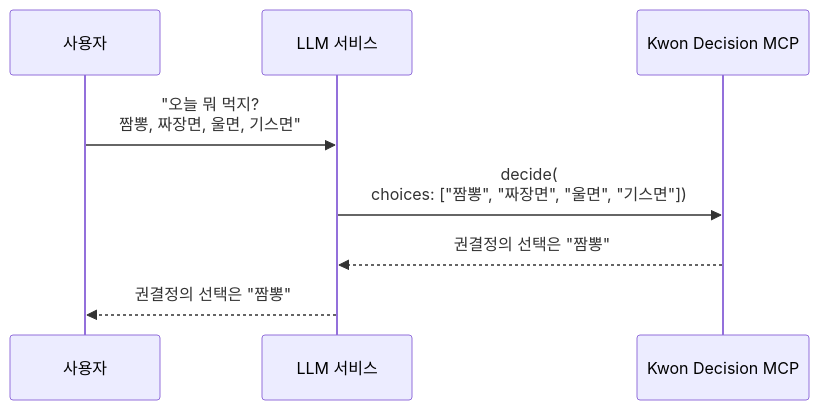
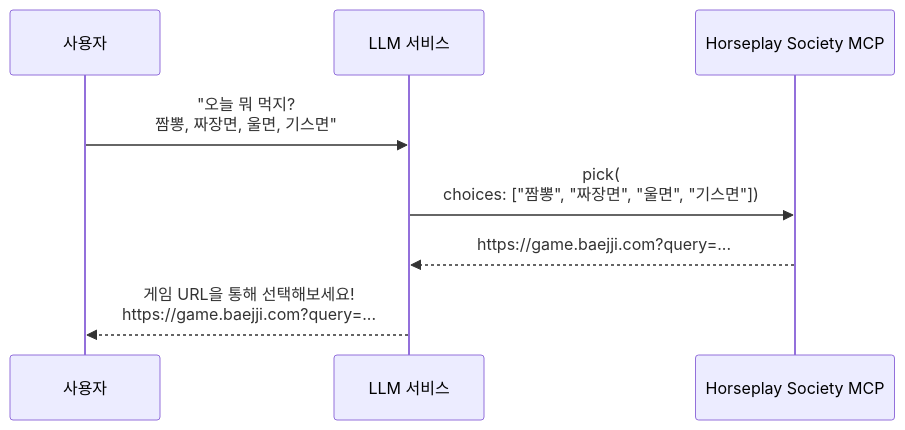
One commit to 132262B/gold-standard-apology-mcp changed the diagram in README.md. Above: the diagram before and after it, drawn with Mermaid. The commit also changed other lines of this file, not shown here.

````diff
--- a/README.md
+++ b/README.md
@@ -11,14 +11,14 @@
 ```mermaid
 sequenceDiagram
     participant User as 사용자
     participant LLM as LLM 서비스
-    participant MCP as Kwon Decision MCP
+    participant MCP as Horseplay Society MCP
 
     User->>LLM: "오늘 뭐 먹지?<br/>짬뽕, 짜장면, 울면, 기스면"
 
-    LLM->>MCP: decide(<br/>choices: ["짬뽕", "짜장면", "울면", "기스면"])
+    LLM->>MCP: pick(<br/>choices: ["짬뽕", "짜장면", "울면", "기스면"])
 
-    MCP-->>LLM: 권결정의 선택은 "짬뽕"
+    MCP-->>LLM: https://game.baejji.com?query=...
 
-    LLM-->>User: 권결정의 선택은 "짬뽕"
+    LLM-->>User: 게임 URL을 통해 선택해보세요!<br/>https://game.baejji.com?query=...
 ```
````
